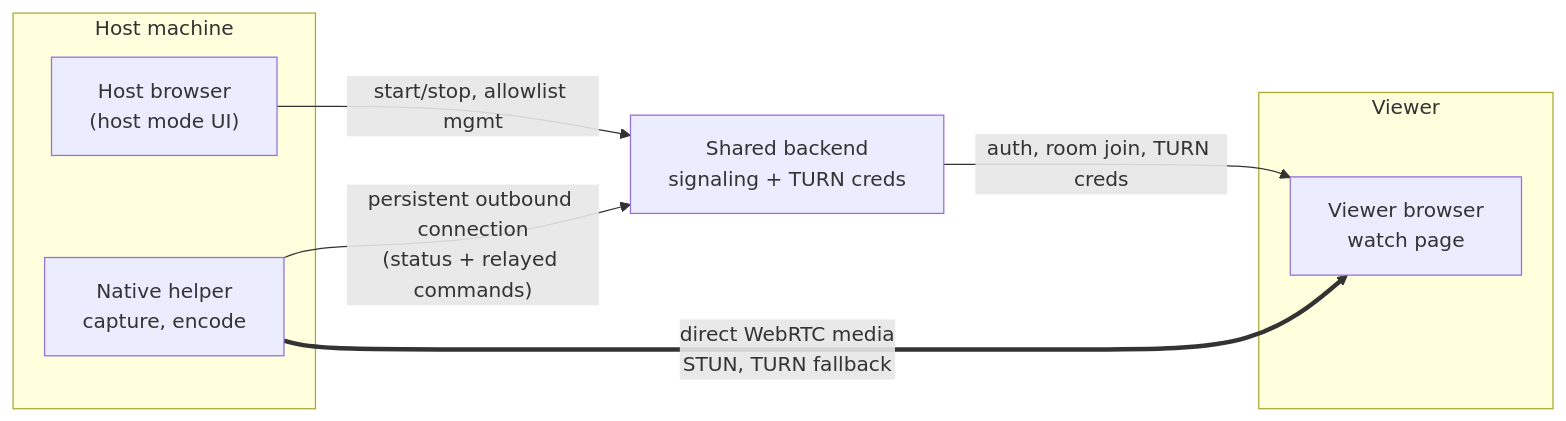
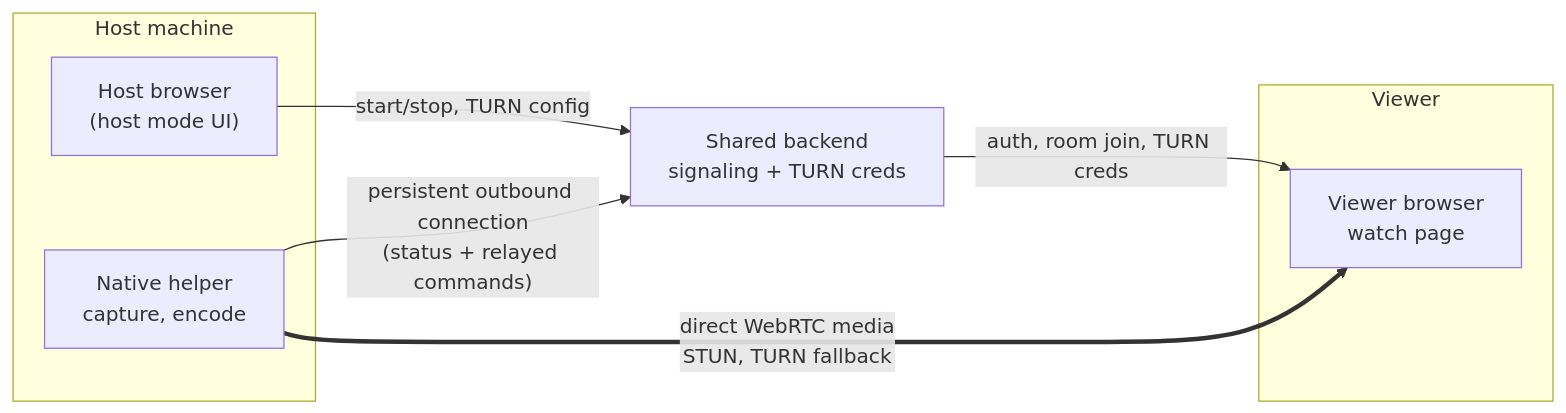
One commit to dener-p/golive-v2 changed the diagram in project.md. Above: the diagram before and after it, drawn with Mermaid. The commit also changed other lines of this file and 18 other files, not shown here.

````diff
--- a/project.md
+++ b/project.md
@@ -51,18 +51,18 @@
 ```mermaid
 flowchart LR
     subgraph HostMachine["Host machine"]
         Browser["Host browser<br/>(host mode UI)"]
         Helper["Native helper<br/>capture, encode"]
     end
 
     Backend["Shared backend<br/>signaling + TURN creds"]
 
     subgraph ViewerSide["Viewer"]
         Page["Viewer browser<br/>watch page"]
     end
 
-    Browser -- "start/stop, allowlist mgmt" --> Backend
+    Browser -- "start/stop, TURN config" --> Backend
     Helper -- "persistent outbound connection<br/>(status + relayed commands)" --> Backend
     Backend -- "auth, room join, TURN creds" --> Page
     Helper == "direct WebRTC media<br/>STUN, TURN fallback" ==> Page
 ```
````
